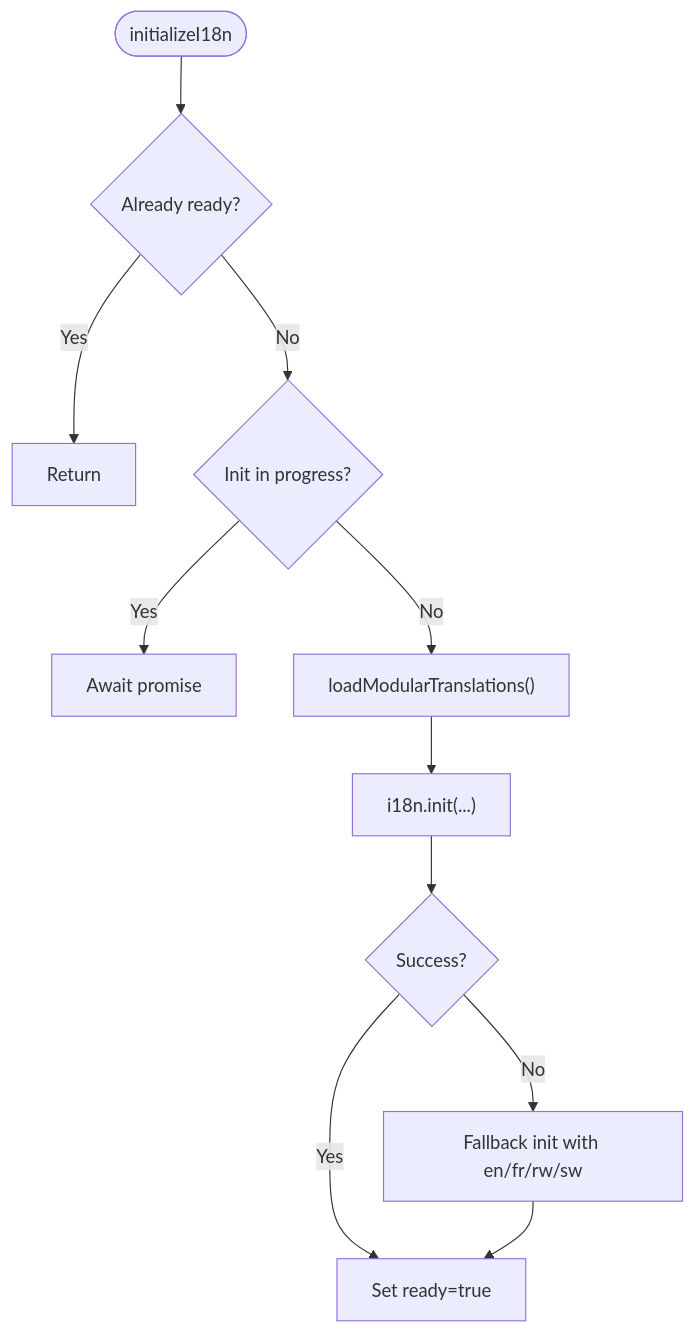
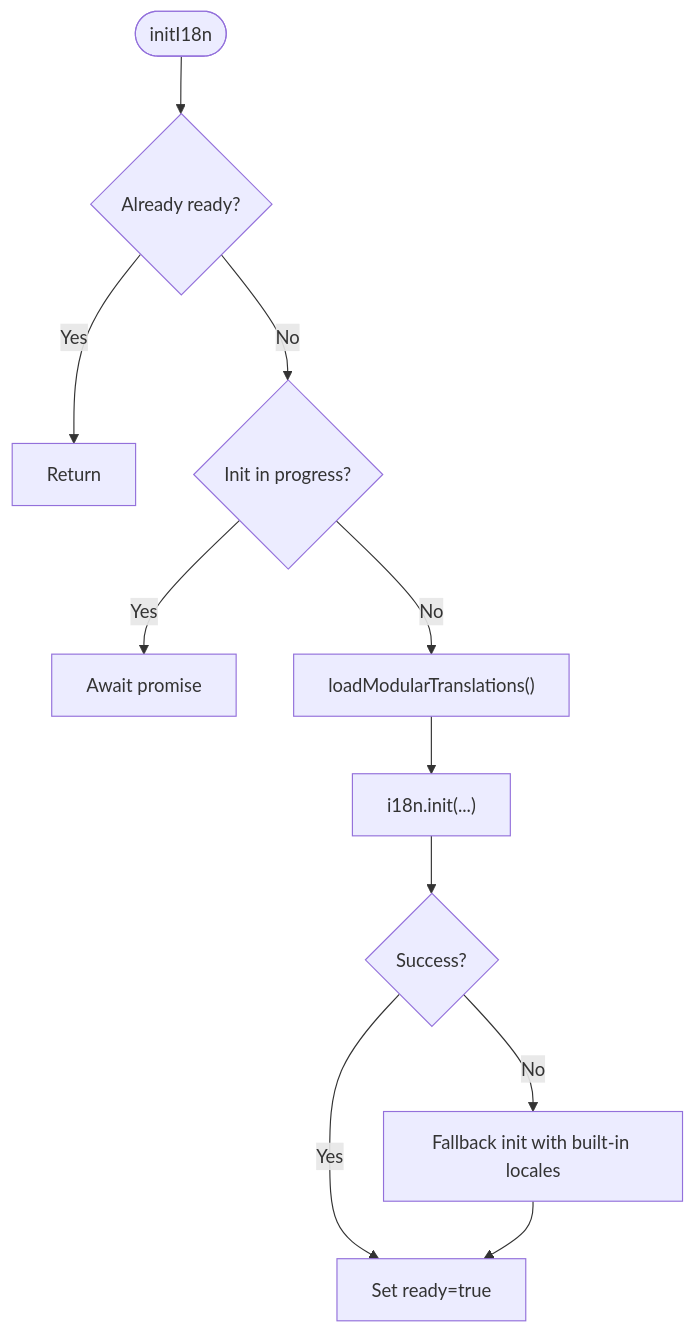
Before and after one commit to geniusdynamics/schoolpilot: the third of 6 diagrams in .qoder/repowiki/en/content/Internationalization.md, drawn with Mermaid. The commit also changed other lines of this file and 16 other files, not shown here.

````diff
--- a/.qoder/repowiki/en/content/Internationalization.md
+++ b/.qoder/repowiki/en/content/Internationalization.md
@@ -176,13 +165,13 @@
 ```mermaid
 flowchart TD
-Start(["initializeI18n"]) --> CheckReady{"Already ready?"}
+Start(["initI18n"]) --> CheckReady{"Already ready?"}
 CheckReady --> |Yes| Return["Return"]
 CheckReady --> |No| CheckInProgress{"Init in progress?"}
 CheckInProgress --> |Yes| Await["Await promise"]
 CheckInProgress --> |No| BuildResources["loadModularTranslations()"]
 BuildResources --> InitI18n["i18n.init(...)"]
 InitI18n --> Success{"Success?"}
 Success --> |Yes| Done["Set ready=true"]
-Success --> |No| Fallback["Fallback init with en/fr/rw/sw"]
+Success --> |No| Fallback["Fallback init with built-in locales"]
 Fallback --> Done
 ```
````
